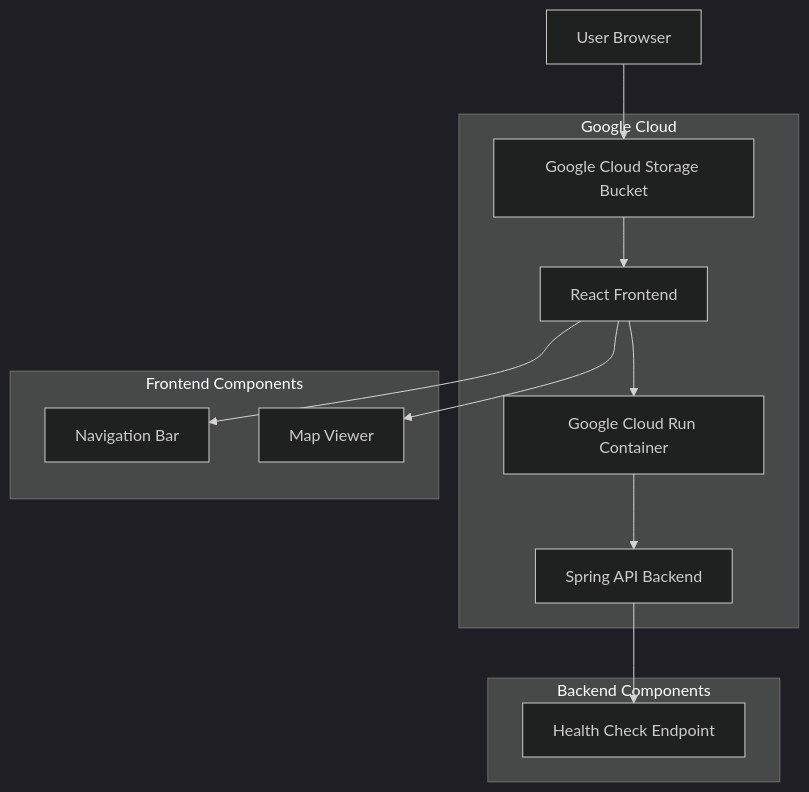
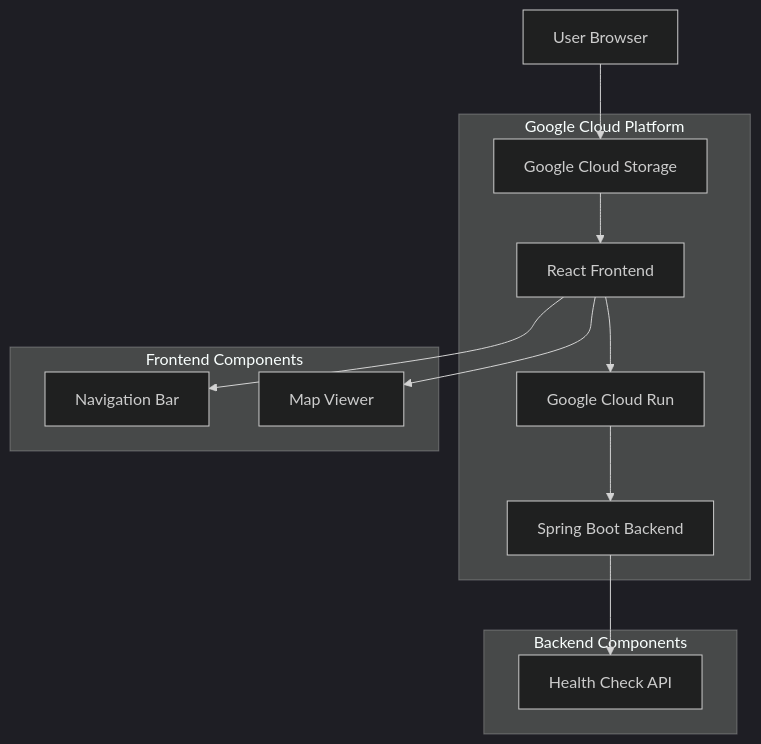
Before and after one commit to MathewTomberlin/SLOView: the first of 2 diagrams in architecture.md, drawn with Mermaid (dark theme). The commit also changed other lines of this file and 14 other files, not shown here.

````diff
--- a/architecture.md
+++ b/architecture.md
@@ -5,23 +7,23 @@
 ```mermaid
 graph TD
-    A[User Browser] --> B[Google Cloud Storage Bucket]
+    A[User Browser] --> B[Google Cloud Storage]
     B --> C[React Frontend]
-    C --> D[Google Cloud Run Container]
-    D --> E[Spring API Backend]
+    C --> D[Google Cloud Run]
+    D --> E[Spring Boot Backend]
     
-    subgraph Google Cloud
+    subgraph "Google Cloud Platform"
         B
         C
         D
         E
     end
     
-    subgraph Frontend Components
+    subgraph "Frontend Components"
         C --> F[Navigation Bar]
         C --> G[Map Viewer]
     end
     
-    subgraph Backend Components
-        E --> H[Health Check Endpoint]
+    subgraph "Backend Components"
+        E --> H[Health Check API]
     end
 ```
````
